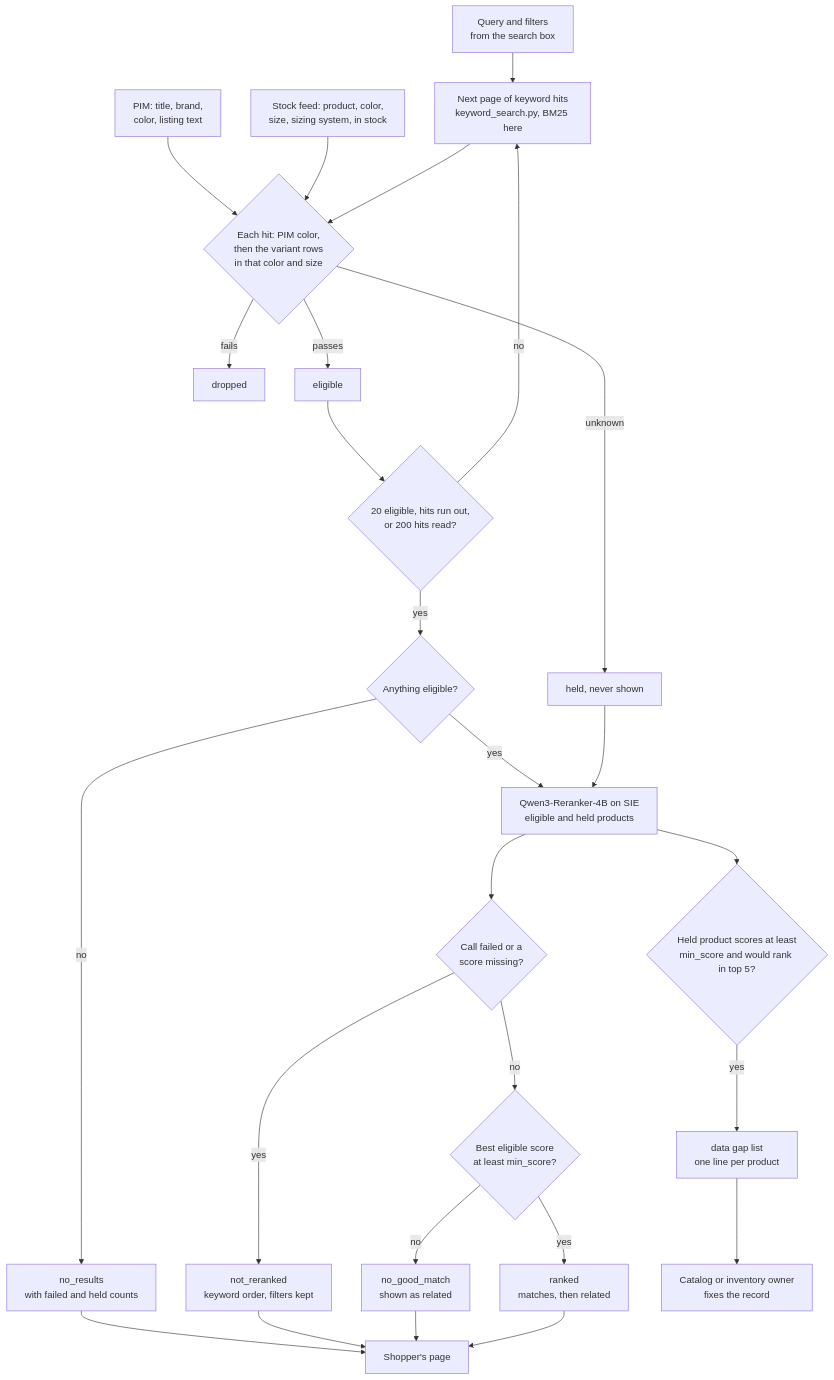
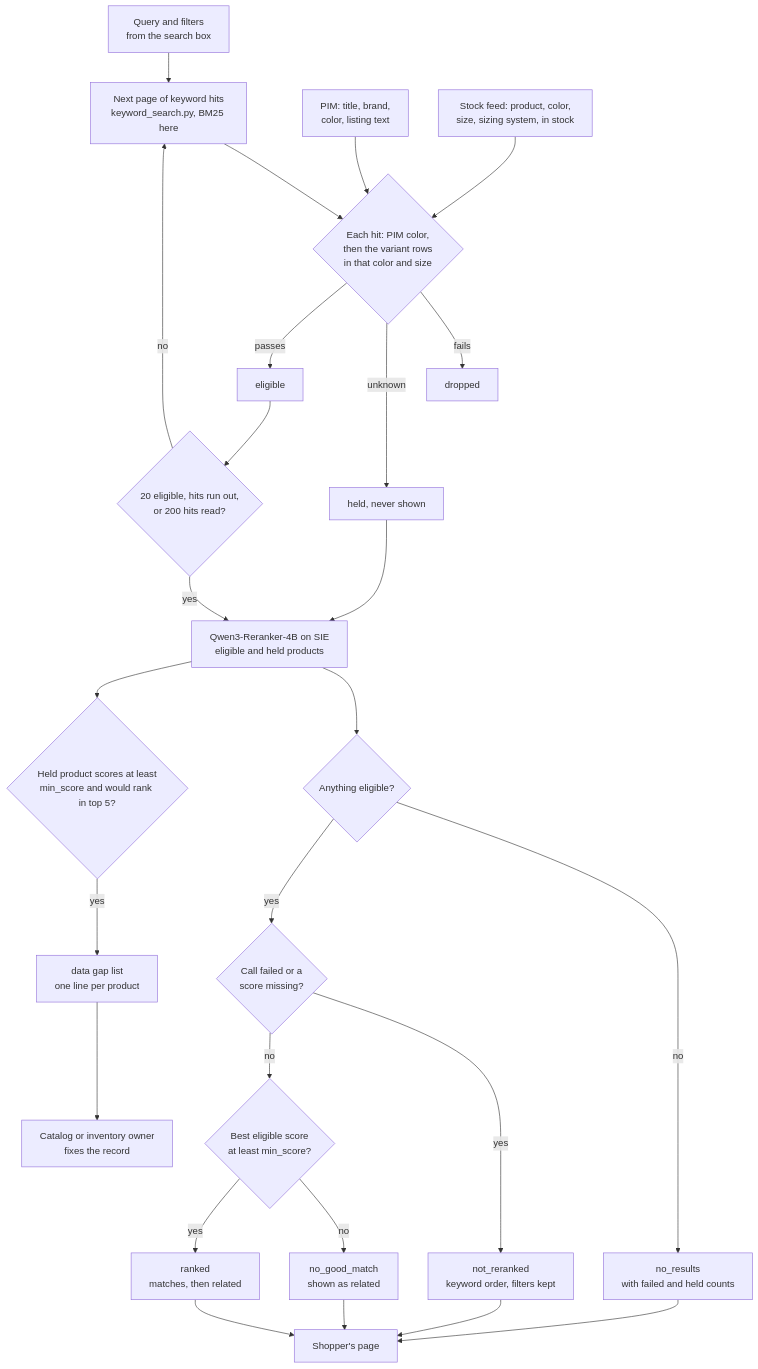
The second of 2 diagrams in ecommerce/rerank_search_within_filters/README.md (superlinked/cookbook), drawn with Mermaid before and after one commit. The commit also changed other lines of this file and 23 other files, not shown here.

````diff
--- a/ecommerce/rerank_search_within_filters/README.md
+++ b/ecommerce/rerank_search_within_filters/README.md
@@ -150,28 +151,28 @@
 ```mermaid
 flowchart TD
     Q[Query and filters<br/>from the search box] --> K[Next page of keyword hits<br/>keyword_search.py, BM25 here]
     P[PIM: title, brand,<br/>color, listing text] --> F
     I[Stock feed: product, color,<br/>size, sizing system, in stock] --> F
     K --> F{Each hit: PIM color,<br/>then the variant rows<br/>in that color and size}
     F -- fails --> D[dropped]
     F -- unknown --> H[held, never shown]
     F -- passes --> E[eligible]
     E --> N{20 eligible, hits run out,<br/>or 200 hits read?}
     N -- no --> K
-    N -- yes --> A{Anything eligible?}
+    N -- yes --> R[Qwen3-Reranker-4B on SIE<br/>eligible and held products]
+    H --> R
+    R --> A{Anything eligible?}
     A -- no --> NR[no_results<br/>with failed and held counts]
-    A -- yes --> R[Qwen3-Reranker-4B on SIE<br/>eligible and held products]
-    H --> R
-    R --> X{Call failed or a<br/>score missing?}
+    A -- yes --> X{Call failed or a<br/>score missing?}
     X -- yes --> KO[not_reranked<br/>keyword order, filters kept]
     X -- no --> S{Best eligible score<br/>at least min_score?}
     S -- no --> NG[no_good_match<br/>shown as related]
     S -- yes --> RK[ranked<br/>matches, then related]
     R --> G{Held product scores at least<br/>min_score and would rank in top 5?}
     G -- yes --> GL[data gap list<br/>one line per product]
     NR --> SH[Shopper's page]
     KO --> SH
     NG --> SH
     RK --> SH
     GL --> OW[Catalog or inventory owner<br/>fixes the record]
 ```
````
